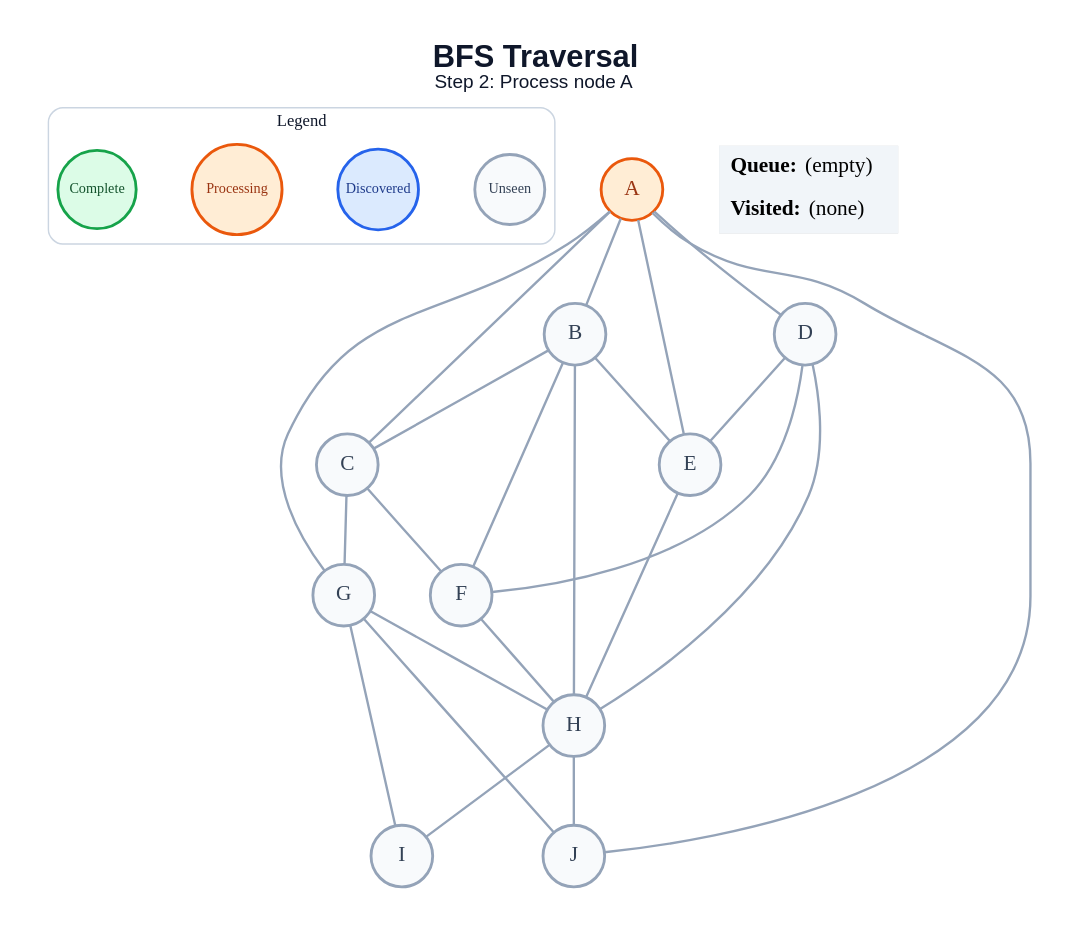
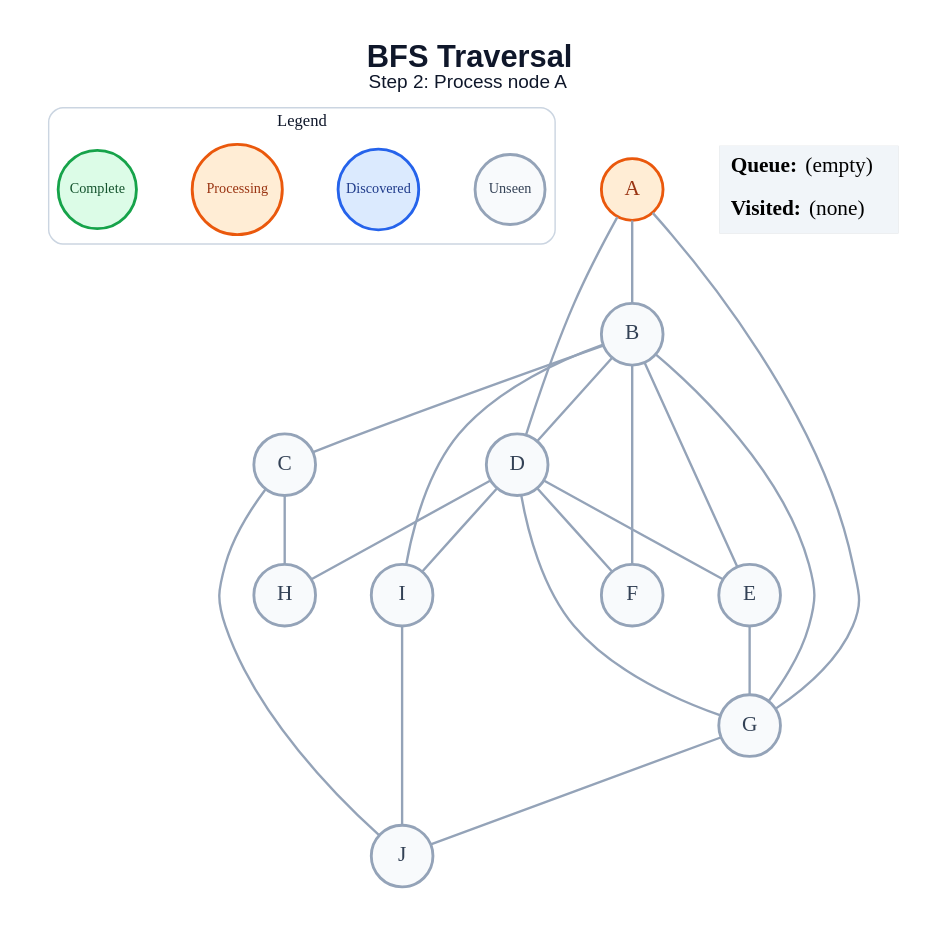
One commit to anon7238593-create/ai-slop changed the diagram in generated/bfs/step_02.dot. Above: the diagram before and after it, drawn with Graphviz. The commit also changed 178 other files, not shown here.

```diff
--- a/generated/bfs/step_02.dot
+++ b/generated/bfs/step_02.dot
@@ -1,51 +1,48 @@
 graph traversal {
   graph [layout=dot, rankdir=TB, bgcolor="#FFFFFF", pad="0.35", nodesep="0.65", ranksep="0.8", fontname="Arial"];
   node [shape=circle, style="filled", fontname="Arial Bold", fontsize=18, width=0.72, fixedsize=true, penwidth=2.4];
   edge [color="#94A3B8", penwidth=2.0];
   label=<<B>BFS Traversal</B><BR/><FONT POINT-SIZE="16">Step 2: Process node A</FONT>>; labelloc="t"; fontsize=26; fontname="Arial"; fontcolor="#0F172A";
   subgraph cluster_legend { label="Legend"; color="#CBD5E1"; penwidth=1.2; style="rounded"; fontsize=14; fontname="Arial Bold";
     key_unseen [label="Unseen", fillcolor="#F8FAFC", color="#94A3B8", fontcolor="#334155", fontsize=12, width=0.82];
     key_frontier [label="Discovered", fillcolor="#DBEAFE", color="#2563EB", fontcolor="#1E3A8A", fontsize=12, width=0.95];
     key_current [label="Processing", fillcolor="#FFEDD5", color="#EA580C", fontcolor="#9A3412", fontsize=12, width=1.05];
     key_done [label="Complete", fillcolor="#DCFCE7", color="#16A34A", fontcolor="#14532D", fontsize=12, width=0.92];
     { rank=same; key_unseen; key_frontier; key_current; key_done; }
   }
   A [fillcolor="#FFEDD5", color="#EA580C", fontcolor="#9A3412"];
   B [fillcolor="#F8FAFC", color="#94A3B8", fontcolor="#334155"];
   C [fillcolor="#F8FAFC", color="#94A3B8", fontcolor="#334155"];
   D [fillcolor="#F8FAFC", color="#94A3B8", fontcolor="#334155"];
   E [fillcolor="#F8FAFC", color="#94A3B8", fontcolor="#334155"];
   F [fillcolor="#F8FAFC", color="#94A3B8", fontcolor="#334155"];
   G [fillcolor="#F8FAFC", color="#94A3B8", fontcolor="#334155"];
   H [fillcolor="#F8FAFC", color="#94A3B8", fontcolor="#334155"];
   I [fillcolor="#F8FAFC", color="#94A3B8", fontcolor="#334155"];
   J [fillcolor="#F8FAFC", color="#94A3B8", fontcolor="#334155"];
   A -- B;
-  A -- C;
   A -- D;
-  A -- E;
   A -- G;
-  A -- J;
   B -- C;
+  B -- D;
   B -- E;
   B -- F;
-  B -- H;
-  C -- F;
-  C -- G;
+  B -- G;
+  B -- I;
+  C -- H;
+  C -- J;
   D -- E;
   D -- F;
+  D -- G;
   D -- H;
-  E -- H;
-  F -- H;
-  G -- H;
-  G -- I;
+  D -- I;
+  E -- G;
   G -- J;
-  H -- I;
-  H -- J;
+  I -- J;
   status [shape=plain, fixedsize=false, width=0, height=0, margin=0, label=<
     <TABLE BORDER="0" CELLBORDER="0" CELLPADDING="7" BGCOLOR="#F1F5F9">
       <TR><TD ALIGN="LEFT"><B>Queue:</B> (empty)</TD></TR>
       <TR><TD ALIGN="LEFT"><B>Visited:</B> (none)</TD></TR>
     </TABLE>
   >];
 }
```
